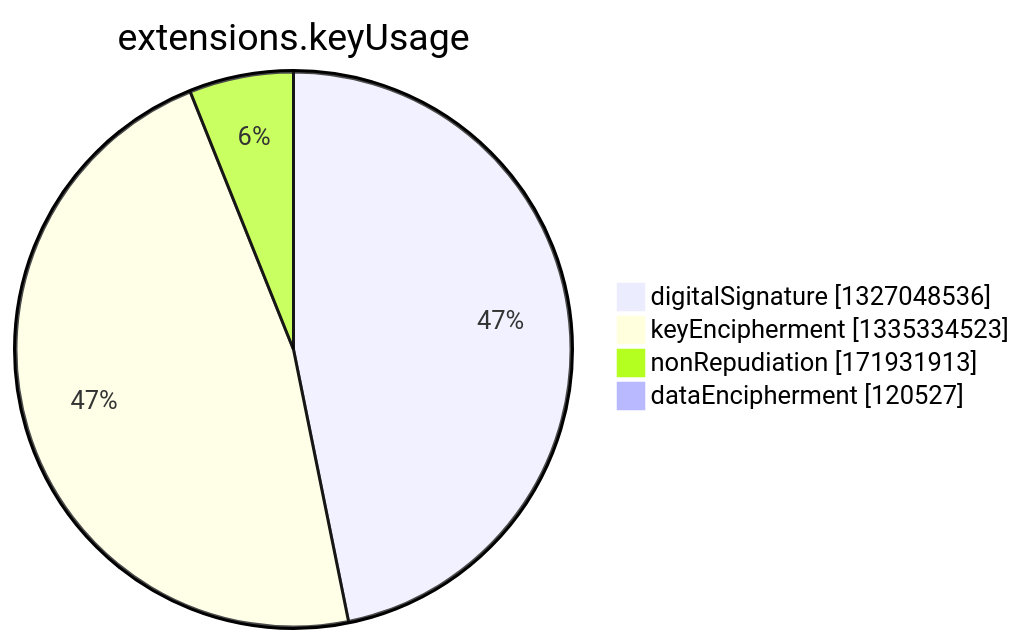
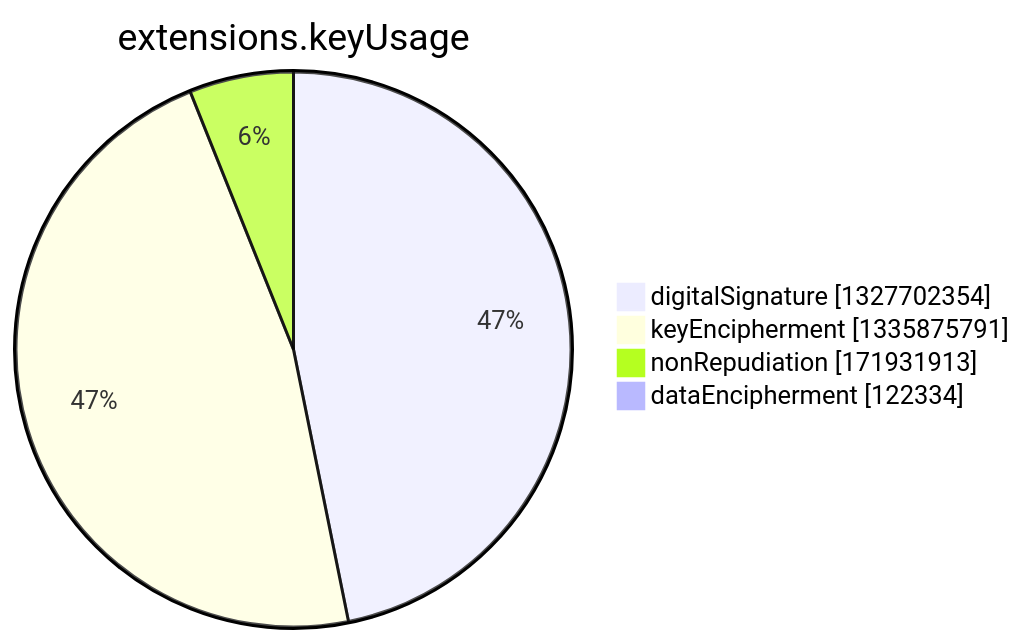
Before and after one commit to christiankrug/ctmonitor_visualization: the seventh of 15 diagrams in argon2022/README.md, drawn with Mermaid. The commit also changed other lines of this file, not shown here.

````diff
--- a/argon2022/README.md
+++ b/argon2022/README.md
@@ -2750,8 +2750,8 @@
 ```mermaid
 pie showData
 title extensions.keyUsage
-"digitalSignature" :1327048536
-"keyEncipherment" :1335334523
+"digitalSignature" :1327702354
+"keyEncipherment" :1335875791
 "nonRepudiation" :171931913
-"dataEncipherment" :120527
+"dataEncipherment" :122334
 ```
````
